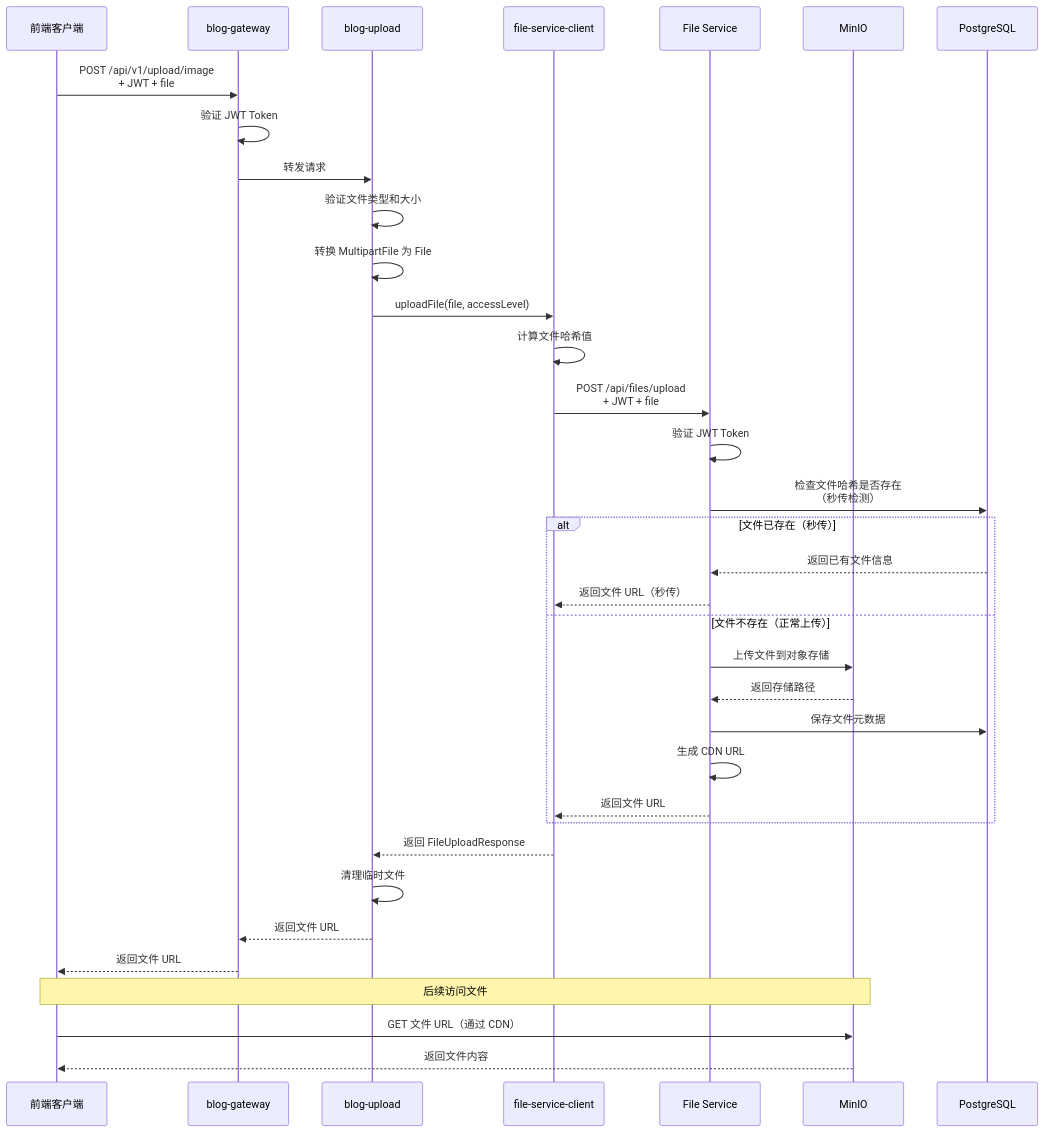
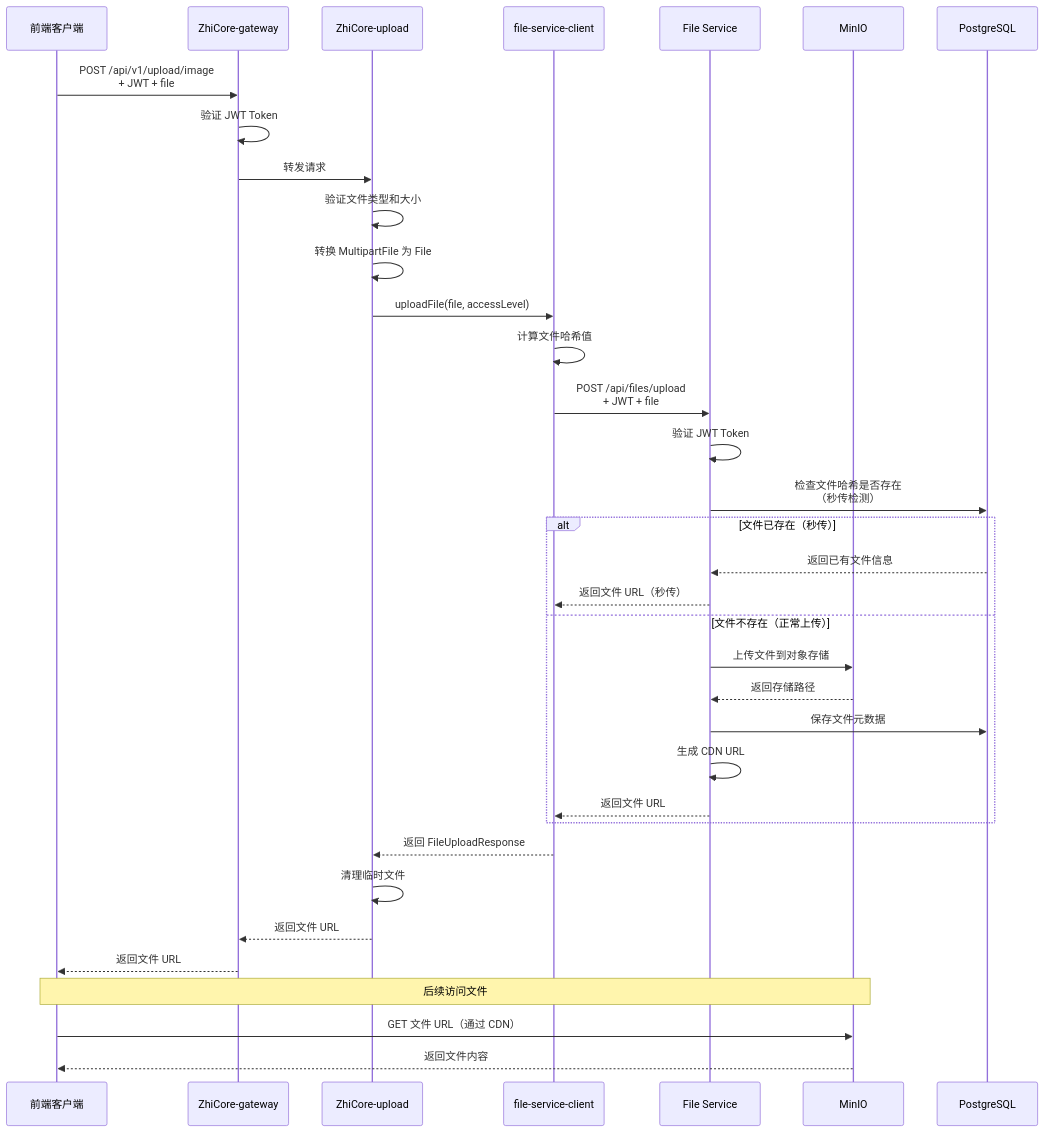
Before and after one commit to architectcgz/zhicore: the second of 3 diagrams in docs/architecture/03-file-upload-architecture.md, drawn with Mermaid. The commit also changed other lines of this file and 1789 other files, not shown here.

````diff
--- a/docs/architecture/03-file-upload-architecture.md
+++ b/docs/architecture/03-file-upload-architecture.md
@@ -264,44 +264,44 @@
 ```mermaid
 sequenceDiagram
     participant Client as 前端客户端
-    participant Gateway as blog-gateway
-    participant Upload as blog-upload
+    participant Gateway as ZhiCore-gateway
+    participant Upload as ZhiCore-upload
     participant FileClient as file-service-client
     participant FileService as File Service
     participant MinIO as MinIO
     participant DB as PostgreSQL
     
     Client->>Gateway: POST /api/v1/upload/image<br/>+ JWT + file
     Gateway->>Gateway: 验证 JWT Token
     Gateway->>Upload: 转发请求
     
     Upload->>Upload: 验证文件类型和大小
     Upload->>Upload: 转换 MultipartFile 为 File
     
     Upload->>FileClient: uploadFile(file, accessLevel)
     FileClient->>FileClient: 计算文件哈希值
     FileClient->>FileService: POST /api/files/upload<br/>+ JWT + file
     
     FileService->>FileService: 验证 JWT Token
     FileService->>DB: 检查文件哈希是否存在<br/>（秒传检测）
     
     alt 文件已存在（秒传）
         DB-->>FileService: 返回已有文件信息
         FileService-->>FileClient: 返回文件 URL（秒传）
     else 文件不存在（正常上传）
         FileService->>MinIO: 上传文件到对象存储
         MinIO-->>FileService: 返回存储路径
         FileService->>DB: 保存文件元数据
         FileService->>FileService: 生成 CDN URL
         FileService-->>FileClient: 返回文件 URL
     end
     
     FileClient-->>Upload: 返回 FileUploadResponse
     Upload->>Upload: 清理临时文件
     Upload-->>Gateway: 返回文件 URL
     Gateway-->>Client: 返回文件 URL
     
     Note over Client,MinIO: 后续访问文件
     Client->>MinIO: GET 文件 URL（通过 CDN）
     MinIO-->>Client: 返回文件内容
 ```
````
